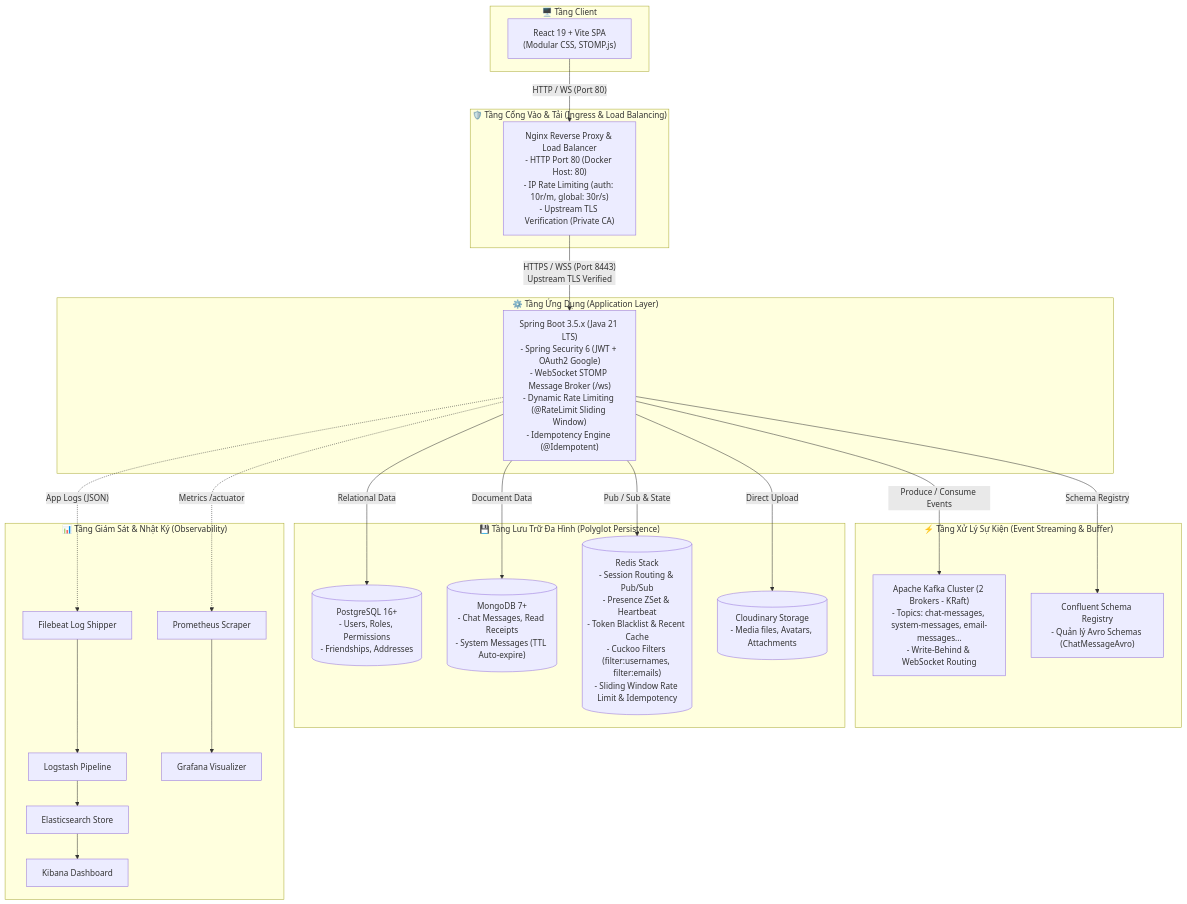
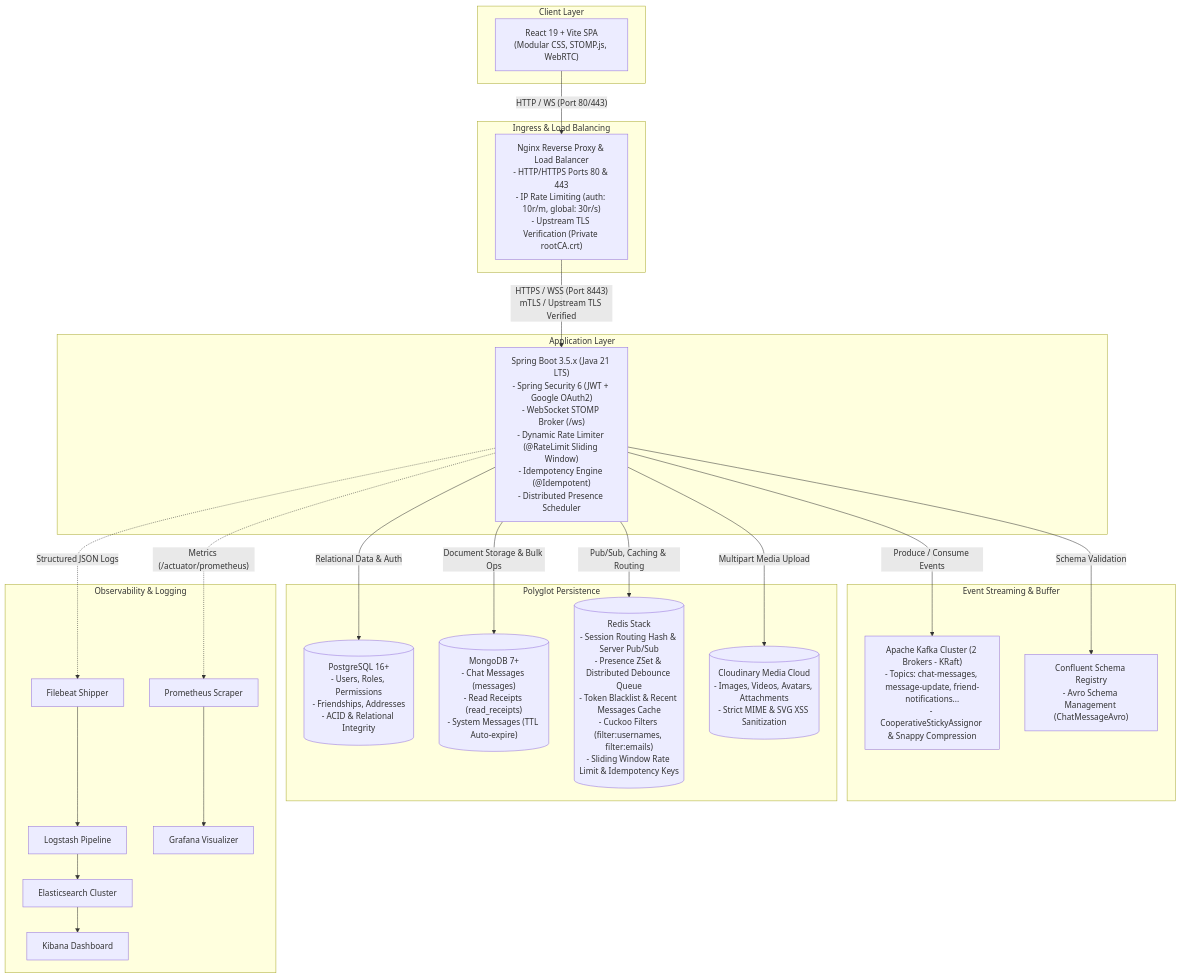
Before and after one commit to phwkha/ChatWeb-RealTime: the diagram in docs/architecture/01-system-overview.md, drawn with Mermaid. The commit also changed other lines of this file and 8 other files, not shown here.

First line of the commit message:
Refactor documentation for sequence diagrams and database design in ChatWeb

````diff
--- a/docs/architecture/01-system-overview.md
+++ b/docs/architecture/01-system-overview.md
@@ -11,43 +11,43 @@
 ```mermaid
 graph TB
-    subgraph ClientLayer["🖥️ Tầng Client"]
-        WebClient["React 19 + Vite SPA<br/>(Modular CSS, STOMP.js)"]
+    subgraph ClientLayer["Client Layer"]
+        WebClient["React 19 + Vite SPA<br/>(Modular CSS, STOMP.js, WebRTC)"]
     end
 
-    subgraph IngressLayer["🛡️ Tầng Cổng Vào & Tải (Ingress & Load Balancing)"]
-        Nginx["Nginx Reverse Proxy & Load Balancer<br/>- HTTP Port 80 (Docker Host: 80)<br/>- IP Rate Limiting (auth: 10r/m, global: 30r/s)<br/>- Upstream TLS Verification (Private CA)"]
+    subgraph IngressLayer["Ingress & Load Balancing"]
+        Nginx["Nginx Reverse Proxy & Load Balancer<br/>- HTTP/HTTPS Ports 80 & 443<br/>- IP Rate Limiting (auth: 10r/m, global: 30r/s)<br/>- Upstream TLS Verification (Private rootCA.crt)"]
     end
 
-    subgraph AppLayer["⚙️ Tầng Ứng Dụng (Application Layer)"]
-        Backend["Spring Boot 3.5.x (Java 21 LTS)<br/>- Spring Security 6 (JWT + OAuth2 Google)<br/>- WebSocket STOMP Message Broker (/ws)<br/>- Dynamic Rate Limiting (@RateLimit Sliding Window)<br/>- Idempotency Engine (@Idempotent)"]
+    subgraph AppLayer["Application Layer"]
+        Backend["Spring Boot 3.5.x (Java 21 LTS)<br/>- Spring Security 6 (JWT + Google OAuth2)<br/>- WebSocket STOMP Broker (/ws)<br/>- Dynamic Rate Limiter (@RateLimit Sliding Window)<br/>- Idempotency Engine (@Idempotent)<br/>- Distributed Presence Scheduler"]
     end
 
-    subgraph EventLayer["⚡ Tầng Xử Lý Sự Kiện (Event Streaming & Buffer)"]
-        Kafka["Apache Kafka Cluster (2 Brokers - KRaft)<br/>- Topics: chat-messages, system-messages, email-messages...<br/>- Write-Behind & WebSocket Routing"]
-        SchemaRegistry["Confluent Schema Registry<br/>- Quản lý Avro Schemas (ChatMessageAvro)"]
+    subgraph EventLayer["Event Streaming & Buffer"]
+        Kafka["Apache Kafka Cluster (2 Brokers - KRaft)<br/>- Topics: chat-messages, message-update, friend-notifications...<br/>- CooperativeStickyAssignor & Snappy Compression"]
+        SchemaRegistry["Confluent Schema Registry<br/>- Avro Schema Management (ChatMessageAvro)"]
     end
 
-    subgraph StorageLayer["💾 Tầng Lưu Trữ Đa Hình (Polyglot Persistence)"]
-        Postgres[("PostgreSQL 16+<br/>- Users, Roles, Permissions<br/>- Friendships, Addresses")]
-        Mongo[("MongoDB 7+<br/>- Chat Messages, Read Receipts<br/>- System Messages (TTL Auto-expire)")]
-        Redis[("Redis Stack<br/>- Session Routing & Pub/Sub<br/>- Presence ZSet & Heartbeat<br/>- Token Blacklist & Recent Cache<br/>- Cuckoo Filters (filter:usernames, filter:emails)<br/>- Sliding Window Rate Limit & Idempotency")]
-        Cloudinary[("Cloudinary Storage<br/>- Media files, Avatars, Attachments")]
+    subgraph StorageLayer["Polyglot Persistence"]
+        Postgres[("PostgreSQL 16+<br/>- Users, Roles, Permissions<br/>- Friendships, Addresses<br/>- ACID & Relational Integrity")]
+        Mongo[("MongoDB 7+<br/>- Chat Messages (messages)<br/>- Read Receipts (read_receipts)<br/>- System Messages (TTL Auto-expire)")]
+        Redis[("Redis Stack<br/>- Session Routing Hash & Server Pub/Sub<br/>- Presence ZSet & Distributed Debounce Queue<br/>- Token Blacklist & Recent Messages Cache<br/>- Cuckoo Filters (filter:usernames, filter:emails)<br/>- Sliding Window Rate Limit & Idempotency Keys")]
+        Cloudinary[("Cloudinary Media Cloud<br/>- Images, Videos, Avatars, Attachments<br/>- Strict MIME & SVG XSS Sanitization")]
     end
 
-    subgraph ObservabilityLayer["📊 Tầng Giám Sát & Nhật Ký (Observability)"]
-        Filebeat["Filebeat Log Shipper"] --> Logstash["Logstash Pipeline"] --> Elasticsearch["Elasticsearch Store"] --> Kibana["Kibana Dashboard"]
+    subgraph ObservabilityLayer["Observability & Logging"]
+        Filebeat["Filebeat Shipper"] --> Logstash["Logstash Pipeline"] --> Elasticsearch["Elasticsearch Cluster"] --> Kibana["Kibana Dashboard"]
         Prometheus["Prometheus Scraper"] --> Grafana["Grafana Visualizer"]
-        Backend -. "Metrics /actuator" .-> Prometheus
-        Backend -. "App Logs (JSON)" .-> Filebeat
+        Backend -. "Metrics (/actuator/prometheus)" .-> Prometheus
+        Backend -. "Structured JSON Logs" .-> Filebeat
     end
 
     %% Network Connections
-    WebClient -->|"HTTP / WS (Port 80)"| Nginx
-    Nginx -->|"HTTPS / WSS (Port 8443)<br/>Upstream TLS Verified"| Backend
-    Backend -->|"Pub / Sub & State"| Redis
-    Backend -->|"Relational Data"| Postgres
-    Backend -->|"Document Data"| Mongo
+    WebClient -->|"HTTP / WS (Port 80/443)"| Nginx
+    Nginx -->|"HTTPS / WSS (Port 8443)<br/>mTLS / Upstream TLS Verified"| Backend
+    Backend -->|"Pub/Sub, Caching & Routing"| Redis
+    Backend -->|"Relational Data & Auth"| Postgres
+    Backend -->|"Document Storage & Bulk Ops"| Mongo
     Backend -->|"Produce / Consume Events"| Kafka
-    Backend -->|"Schema Registry"| SchemaRegistry
-    Backend -->|"Direct Upload"| Cloudinary
+    Backend -->|"Schema Validation"| SchemaRegistry
+    Backend -->|"Multipart Media Upload"| Cloudinary
 ```
````
